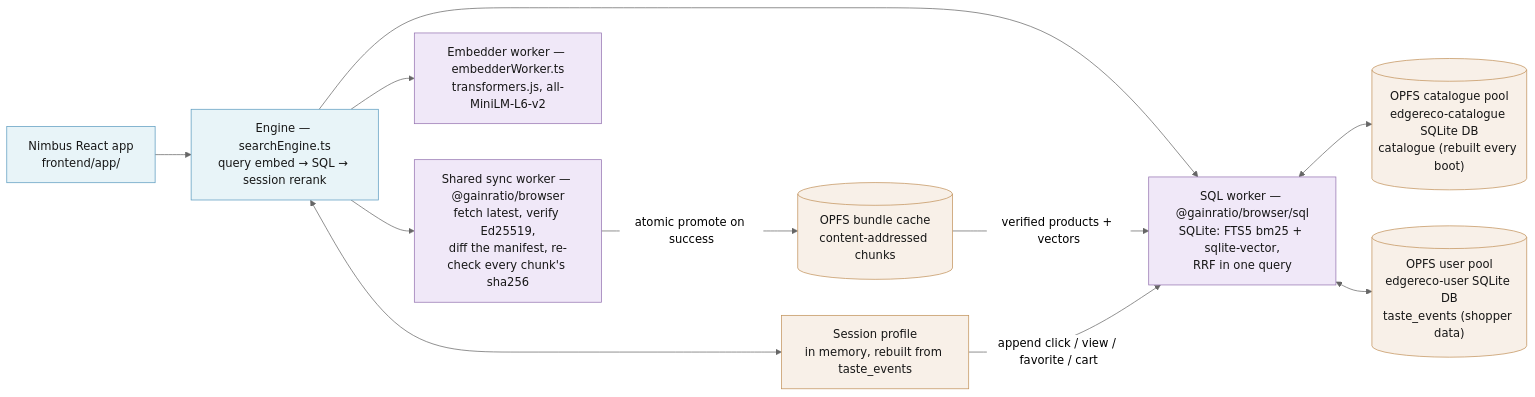
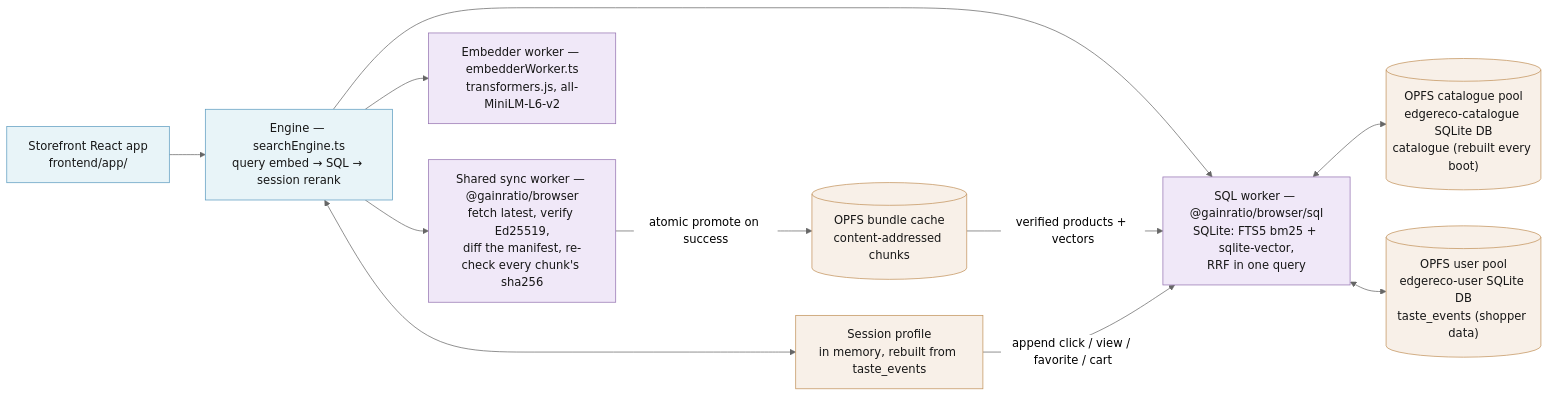
The third of 4 diagrams in docs/ARCHITECTURE.md (gainratio/edge-reco), drawn with Mermaid (neutral theme) before and after one commit. The commit also changed other lines of this file and 15 other files, not shown here.

````diff
--- a/docs/ARCHITECTURE.md
+++ b/docs/ARCHITECTURE.md
@@ -186,30 +186,30 @@
 ```mermaid
 flowchart LR
-  app["Nimbus React app<br>frontend/app/"]
+  app["Storefront React app<br>frontend/app/"]
   engine["Engine — searchEngine.ts<br>query embed → SQL → session rerank"]
   sync["Shared sync worker — @gainratio/browser<br>fetch latest, verify Ed25519,<br>diff the manifest, re-check every chunk's sha256"]
   embed["Embedder worker — embedderWorker.ts<br>transformers.js, all-MiniLM-L6-v2"]
   sqlw["SQL worker — @gainratio/browser/sql<br>SQLite: FTS5 bm25 + sqlite-vector,<br>RRF in one query"]
   opfs[("OPFS bundle cache<br>content-addressed chunks")]
   catdb[("OPFS catalogue pool<br>edgereco-catalogue SQLite DB<br>catalogue (rebuilt every boot)")]
   userdb[("OPFS user pool<br>edgereco-user SQLite DB<br>taste_events (shopper data)")]
   profile["Session profile<br>in memory, rebuilt from taste_events"]
 
   app --> engine
   engine --> sync
   engine --> embed
   engine --> sqlw
   sync -->|"atomic promote on success"| opfs
   opfs -->|"verified products + vectors"| sqlw
   sqlw <--> catdb
   sqlw <--> userdb
   engine <--> profile
   profile -->|"append click / view / favorite / cart"| sqlw
 
   classDef ui fill:#e8f4f8,stroke:#5b9bbf,color:#171717;
   classDef work fill:#f0e8f8,stroke:#9472b0,color:#171717;
   classDef store fill:#f8f0e8,stroke:#c2925a,color:#171717;
   class app,engine ui;
   class sync,embed,sqlw work;
   class opfs,catdb,userdb,profile store;
 ```
````
